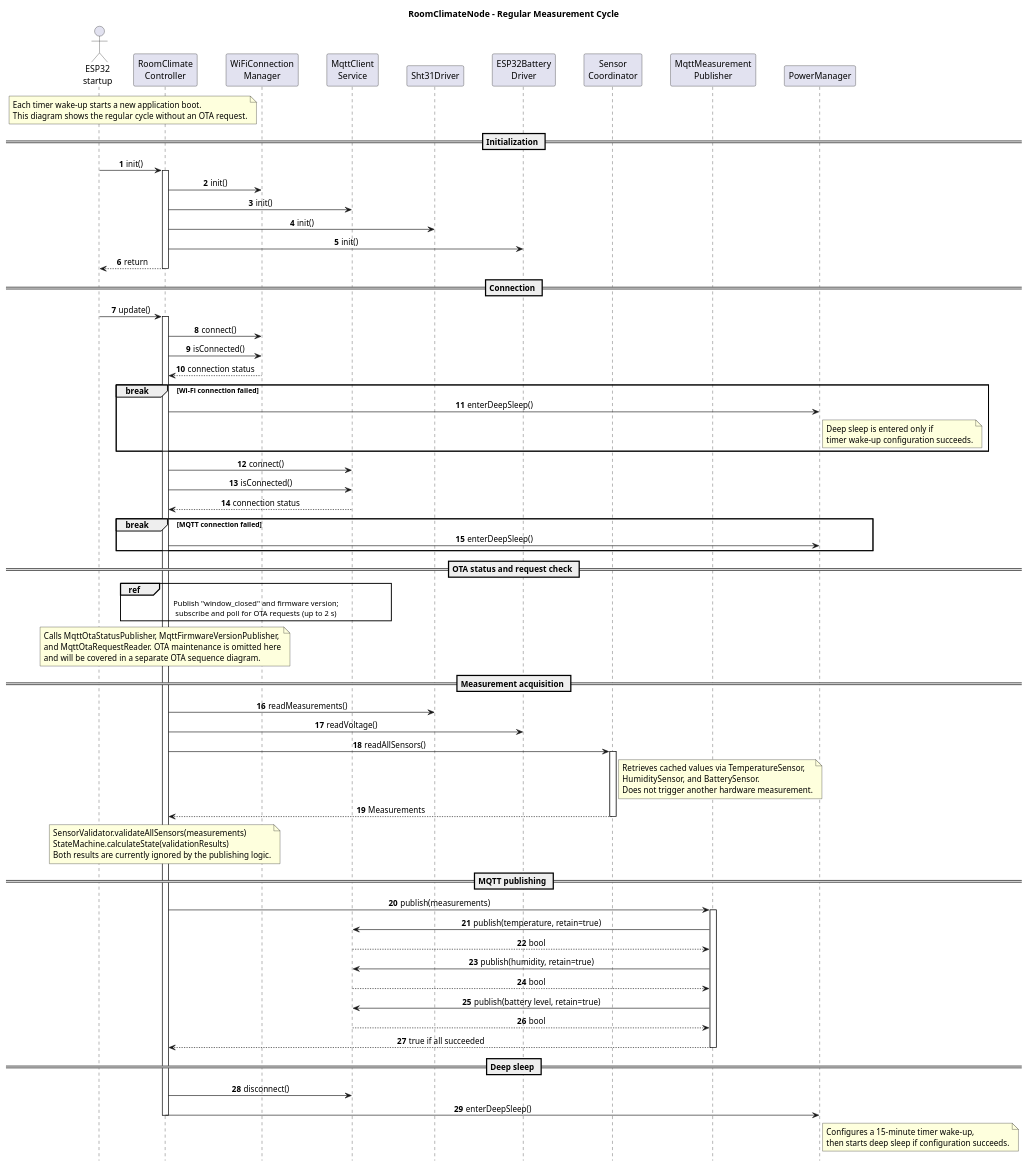
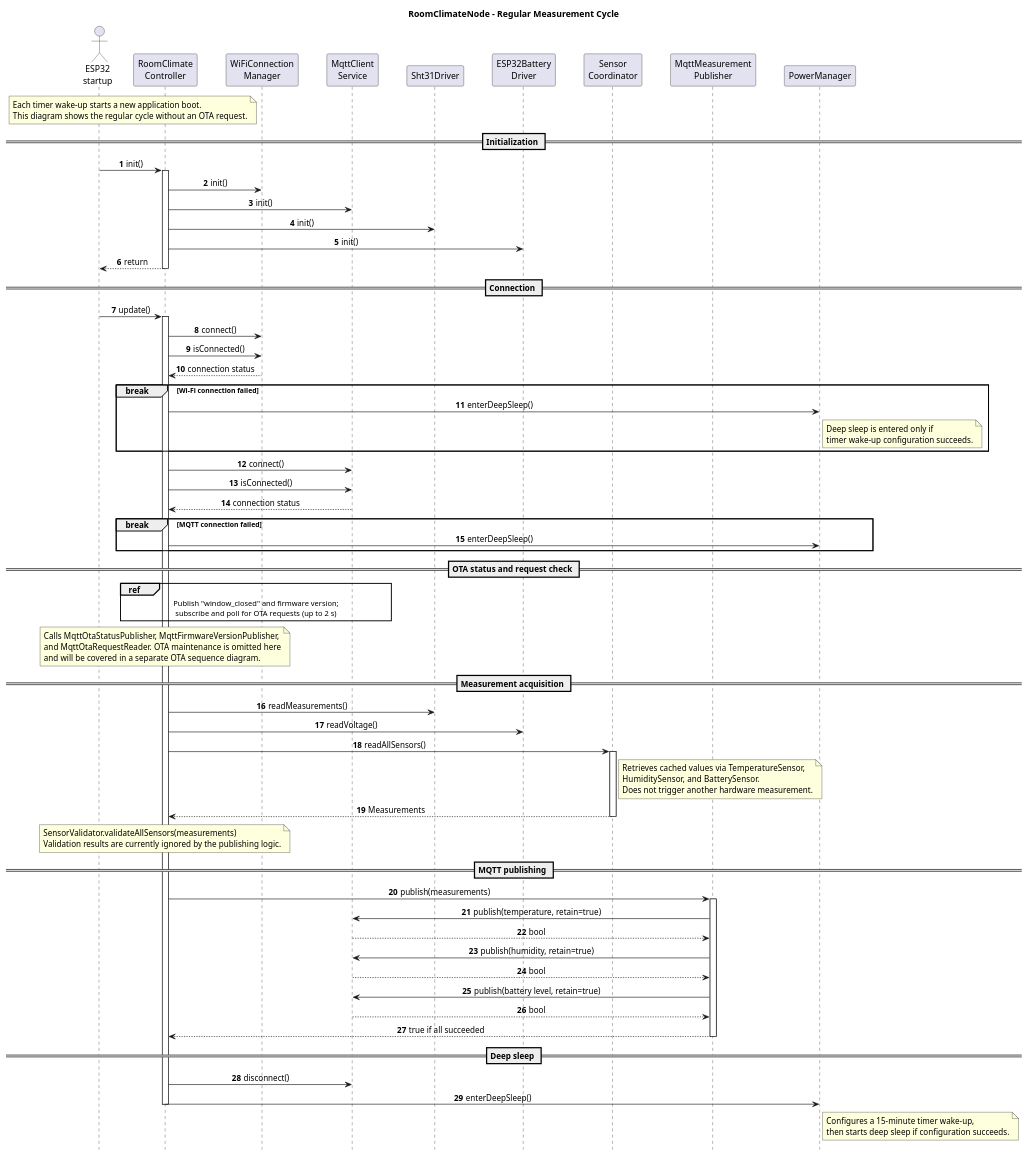
The diagram in docs/MeasurementSequenceDiagram.puml (KennethK88/RoomClimateNode), drawn with PlantUML before and after one commit. The commit also changed 3 other files, not shown here.

Commit message:
docs: remove StateMachine and SystemState from UML diagrams.

```diff
--- a/docs/MeasurementSequenceDiagram.puml
+++ b/docs/MeasurementSequenceDiagram.puml
@@ -1,107 +1,106 @@
 @startuml
 
 title RoomClimateNode - Regular Measurement Cycle
 
 hide footbox
 autonumber
 skinparam sequenceMessageAlign center
 skinparam ParticipantPadding 18
 
 actor "ESP32\nstartup" as Startup
 participant "RoomClimate\nController" as Controller
 participant "WiFiConnection\nManager" as WiFi
 participant "MqttClient\nService" as MQTT
 participant "Sht31Driver" as SHT31
 participant "ESP32Battery\nDriver" as Battery
 participant "Sensor\nCoordinator" as Coordinator
 participant "MqttMeasurement\nPublisher" as Publisher
 participant "PowerManager" as Power
 
 note over Startup, Controller
   Each timer wake-up starts a new application boot.
   This diagram shows the regular cycle without an OTA request.
 end note
 
 == Initialization ==
 Startup -> Controller: init()
 activate Controller
 Controller -> WiFi: init()
 Controller -> MQTT: init()
 Controller -> SHT31: init()
 Controller -> Battery: init()
 Controller --> Startup: return
 deactivate Controller
 
 == Connection ==
 Startup -> Controller: update()
 activate Controller
 Controller -> WiFi: connect()
 Controller -> WiFi: isConnected()
 WiFi --> Controller: connection status
 
 break Wi-Fi connection failed
   Controller -> Power: enterDeepSleep()
   note right of Power
     Deep sleep is entered only if
     timer wake-up configuration succeeds.
   end note
 end
 
 Controller -> MQTT: connect()
 Controller -> MQTT: isConnected()
 MQTT --> Controller: connection status
 
 break MQTT connection failed
   Controller -> Power: enterDeepSleep()
 end
 
 == OTA status and request check ==
 ref over Controller, MQTT: Publish "window_closed" and firmware version;\nsubscribe and poll for OTA requests (up to 2 s)
 note over Controller
   Calls MqttOtaStatusPublisher, MqttFirmwareVersionPublisher,
   and MqttOtaRequestReader. OTA maintenance is omitted here
   and will be covered in a separate OTA sequence diagram.
 end note
 
 == Measurement acquisition ==
 Controller -> SHT31: readMeasurements()
 Controller -> Battery: readVoltage()
 Controller -> Coordinator: readAllSensors()
 activate Coordinator
 note right of Coordinator
   Retrieves cached values via TemperatureSensor,
   HumiditySensor, and BatterySensor.
   Does not trigger another hardware measurement.
 end note
 Coordinator --> Controller: Measurements
 deactivate Coordinator
 
 note over Controller
   SensorValidator.validateAllSensors(measurements)
-  StateMachine.calculateState(validationResults)
-  Both results are currently ignored by the publishing logic.
+  Validation results are currently ignored by the publishing logic.
 end note
 
 == MQTT publishing ==
 Controller -> Publisher: publish(measurements)
 activate Publisher
 Publisher -> MQTT: publish(temperature, retain=true)
 MQTT --> Publisher: bool
 Publisher -> MQTT: publish(humidity, retain=true)
 MQTT --> Publisher: bool
 Publisher -> MQTT: publish(battery level, retain=true)
 MQTT --> Publisher: bool
 Publisher --> Controller: true if all succeeded
 deactivate Publisher
 
 == Deep sleep ==
 Controller -> MQTT: disconnect()
 Controller -> Power: enterDeepSleep()
 note right of Power
   Configures a 15-minute timer wake-up,
   then starts deep sleep if configuration succeeds.
 end note
 
 deactivate Controller
 
 @enduml
```
